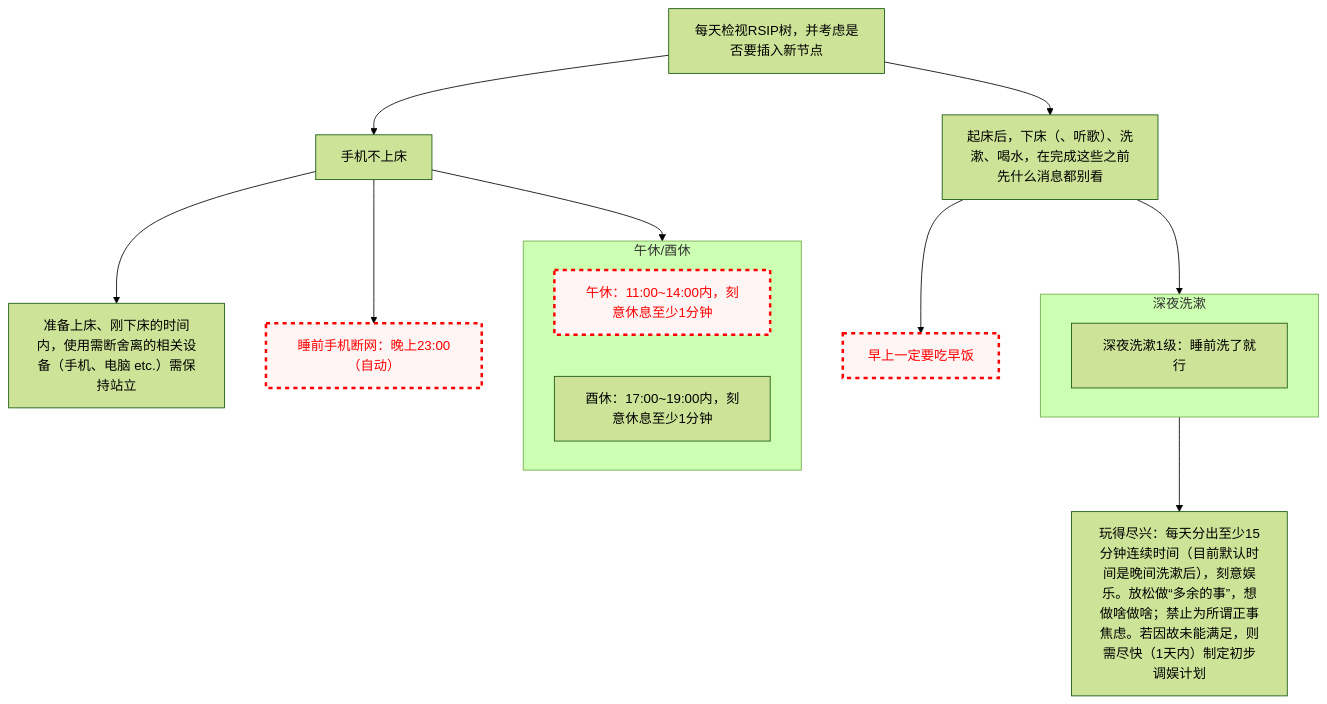
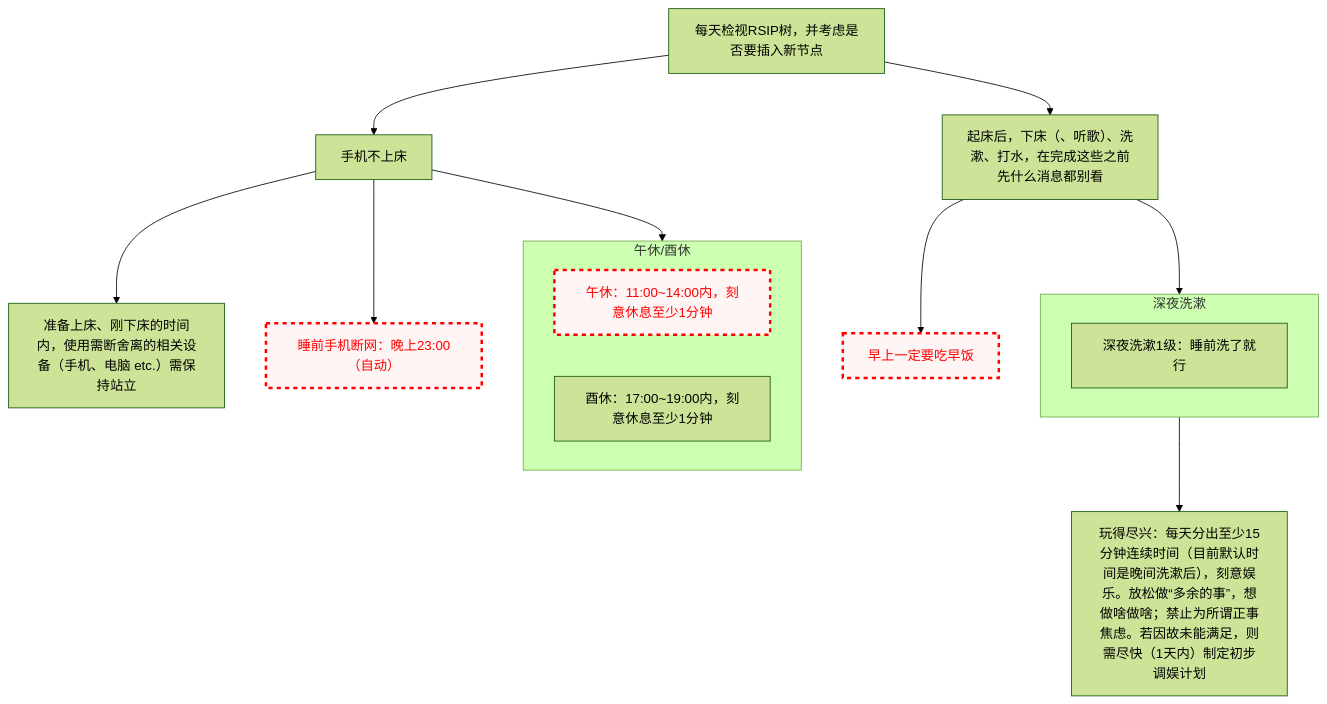
The diagram in README.md (Ethkuil/RSIP-tree), drawn with Mermaid (forest theme) before and after one commit.

Commit message:
update 清晨洗漱：喝水 → 打水

````diff
--- a/README.md
+++ b/README.md
@@ -11,33 +11,33 @@
 ```mermaid
 graph TD
 
 classDef failed stroke:#ff0000, stroke-width:3px, color:#ff0000, fill:#fff5f5, stroke-dasharray: 5
 
 RSIP[每天检视RSIP树，并考虑是否要插入新节点]
 
 RSIP --> 手机不上床
 手机不上床 --> 站立使用[准备上床、刚下床的时间内，使用需断舍离的相关设备（手机、电脑 etc.）需保持站立]
 
 
 RSIP --> 清晨洗漱
-清晨洗漱[起床后，下床（、听歌）、洗漱、喝水，在完成这些之前先什么消息都别看]
+清晨洗漱[起床后，下床（、听歌）、洗漱、打水，在完成这些之前先什么消息都别看]
 
 清晨洗漱 --> 早饭[早上一定要吃早饭]
 class 早饭 failed
 
 手机不上床 --> 午休/酉休
 subgraph 午休/酉休
   午休[午休：11:00~14:00内，刻意休息至少1分钟]
   酉休[酉休：17:00~19:00内，刻意休息至少1分钟]
   class 午休 failed
 end
 
 
 清晨洗漱 --> 深夜洗漱
 subgraph 深夜洗漱
   深夜洗漱1级[深夜洗漱1级：睡前洗了就行]
 end
 深夜洗漱 --> 玩得尽兴[玩得尽兴：每天分出至少15分钟连续时间（目前默认时间是晚间洗漱后），刻意娱乐。放松做“多余的事”，想做啥做啥；禁止为所谓正事焦虑。若因故未能满足，则需尽快（1天内）制定初步调娱计划]
 手机不上床 --> 睡前手机断网[睡前手机断网：晚上23:00（自动）]
 class 睡前手机断网 failed
 ```
````
